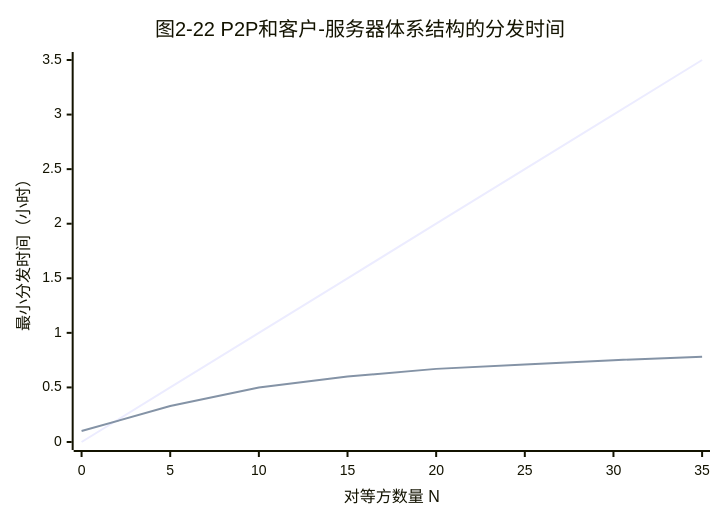
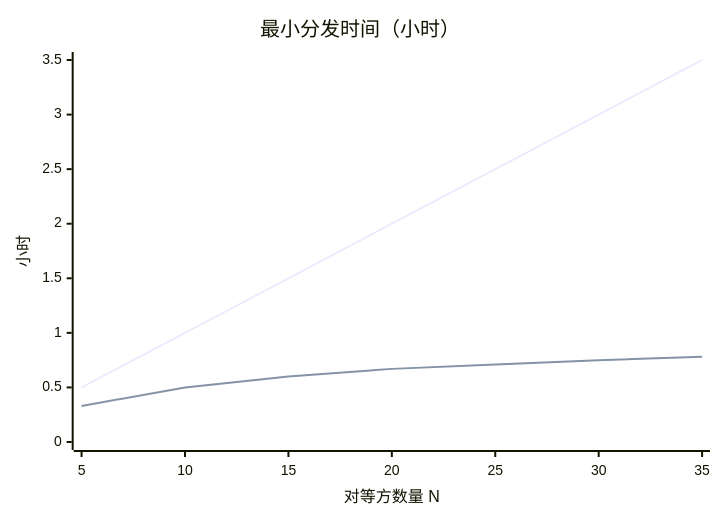
Diagram 14 of 20 in src/content/posts/应用层.md (Meer-Matze/Meer-Matze.github.io), drawn with Mermaid before and after one commit. The commit also changed other lines of this file and 3 other files, not shown here.

````diff
--- a/src/content/posts/应用层.md
+++ b/src/content/posts/应用层.md
@@ -2950,8 +1041,8 @@
 ```mermaid
 xychart-beta
-  title "图2-22 P2P和客户-服务器体系结构的分发时间"
-  x-axis "对等方数量 N" [0, 5, 10, 15, 20, 25, 30, 35]
-  y-axis "最小分发时间（小时）" 0 --> 3.5
-  line [0, 0.5, 1.0, 1.5, 2.0, 2.5, 3.0, 3.5]
-  line [0.1, 0.33, 0.5, 0.6, 0.67, 0.71, 0.75, 0.78]
+  title "最小分发时间（小时）"
+  x-axis "对等方数量 N" [5, 10, 15, 20, 25, 30, 35]
+  y-axis "小时" 0 --> 3.5
+  line [0.5, 1.0, 1.5, 2.0, 2.5, 3.0, 3.5]
+  line [0.33, 0.5, 0.6, 0.67, 0.71, 0.75, 0.78]
 ```
````
